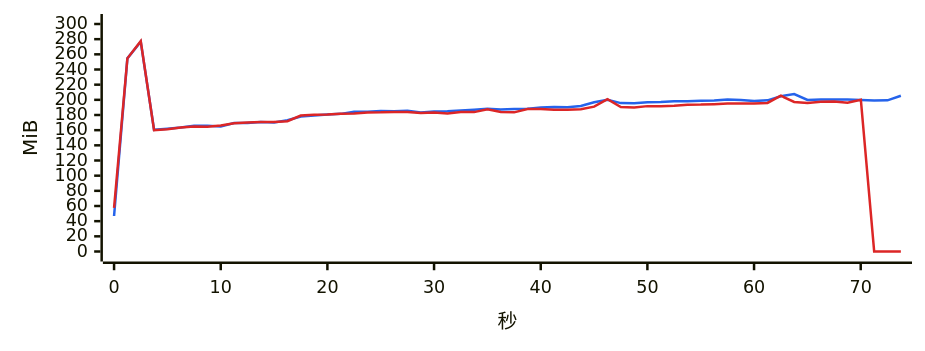
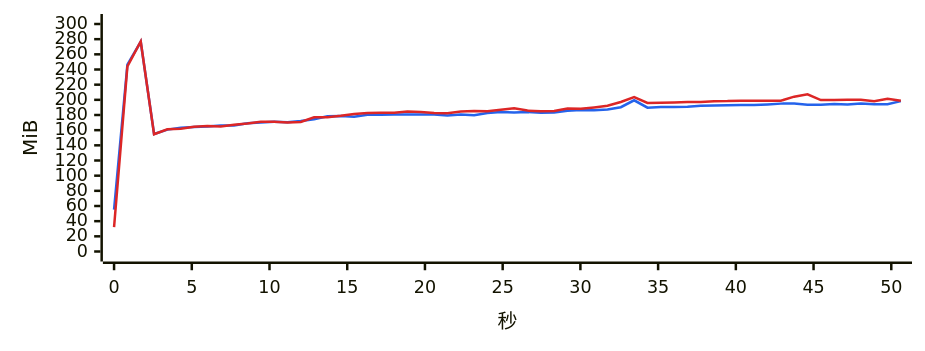
One commit to 334456777/WeFlow changed the first of 17 diagrams in bench/v2.0.0/summary.md. Above: the diagram before and after it, drawn with Mermaid. The commit also changed other lines of this file and 3 other files, not shown here.

````diff
--- a/bench/v2.0.0/summary.md
+++ b/bench/v2.0.0/summary.md
@@ -290,8 +287,8 @@
 ```mermaid
 %%{init: {"xyChart": {"width": 720, "height": 260}, "themeVariables": {"xyChart": {"plotColorPalette": "#2563eb, #dc2626"}}}}%%
 xychart-beta
-    x-axis "秒" 0 --> 73.763
+    x-axis "秒" 0 --> 50.616
     y-axis "MiB" 0 --> 300
-    line [46.8, 254.7, 276.7, 160.5, 161.9, 163.5, 165.8, 165.7, 165.0, 169.4, 169.3, 170.8, 170.0, 173.0, 177.9, 179.2, 180.8, 181.5, 184.3, 184.4, 185.3, 185.0, 185.7, 183.3, 184.6, 184.8, 186.1, 187.0, 188.1, 187.4, 188.0, 188.3, 189.9, 190.4, 190.3, 192.0, 196.7, 200.1, 195.7, 195.4, 196.9, 197.3, 198.1, 198.0, 198.8, 199.2, 200.4, 199.9, 198.6, 199.3, 204.8, 207.7, 199.8, 200.3, 200.3, 200.4, 199.7, 199.0, 199.3, 205.4]
-    line [57.5, 254.7, 277.4, 160.0, 161.3, 163.4, 164.9, 164.5, 166.2, 169.0, 170.0, 170.9, 170.8, 171.8, 179.2, 180.3, 180.5, 181.7, 182.0, 183.3, 183.5, 184.1, 183.9, 182.8, 183.4, 182.1, 183.9, 183.8, 187.4, 183.9, 183.5, 188.0, 187.8, 186.8, 186.9, 187.7, 191.0, 200.8, 190.5, 189.9, 191.7, 191.6, 192.1, 193.5, 193.7, 194.3, 195.2, 195.1, 195.2, 195.9, 205.4, 197.2, 195.8, 197.5, 197.7, 196.3, 200.2, 0.0, 0.0, 0.0]
+    line [55.1, 246.4, 276.5, 154.9, 160.7, 163.1, 164.2, 164.9, 166.3, 166.1, 169.2, 170.1, 171.1, 170.5, 172.2, 174.5, 178.3, 178.8, 177.6, 180.3, 180.3, 180.6, 180.7, 180.6, 180.8, 179.3, 180.5, 179.8, 182.6, 184.0, 183.2, 184.0, 182.9, 183.4, 185.5, 186.5, 186.4, 187.4, 190.3, 199.4, 189.7, 190.5, 190.6, 190.9, 192.1, 192.6, 193.0, 193.3, 193.3, 194.0, 195.0, 195.1, 193.5, 193.5, 194.4, 193.8, 195.0, 194.2, 194.3, 198.3]
+    line [32.2, 244.1, 276.9, 154.7, 161.1, 161.9, 164.6, 165.6, 165.0, 167.1, 168.8, 171.0, 171.1, 170.0, 170.9, 177.1, 177.1, 179.0, 181.4, 182.6, 182.9, 183.1, 184.5, 183.8, 182.5, 182.4, 184.5, 185.4, 185.1, 186.9, 188.8, 185.8, 184.9, 185.4, 188.7, 188.2, 190.0, 192.1, 197.1, 203.5, 195.8, 196.0, 196.5, 197.3, 197.2, 198.2, 198.3, 198.8, 198.9, 198.9, 198.8, 204.2, 207.2, 199.7, 199.8, 200.1, 200.1, 198.3, 201.4, 198.8]
 ```
````
